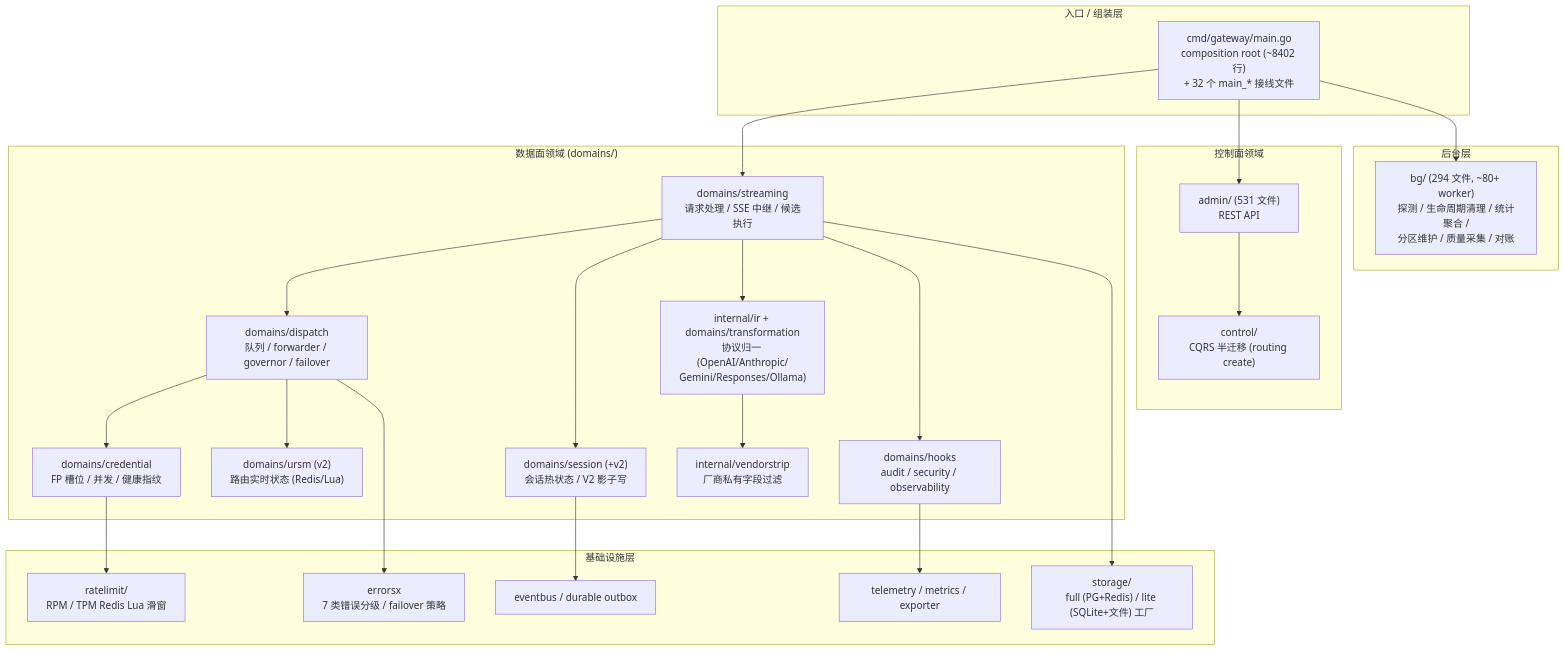
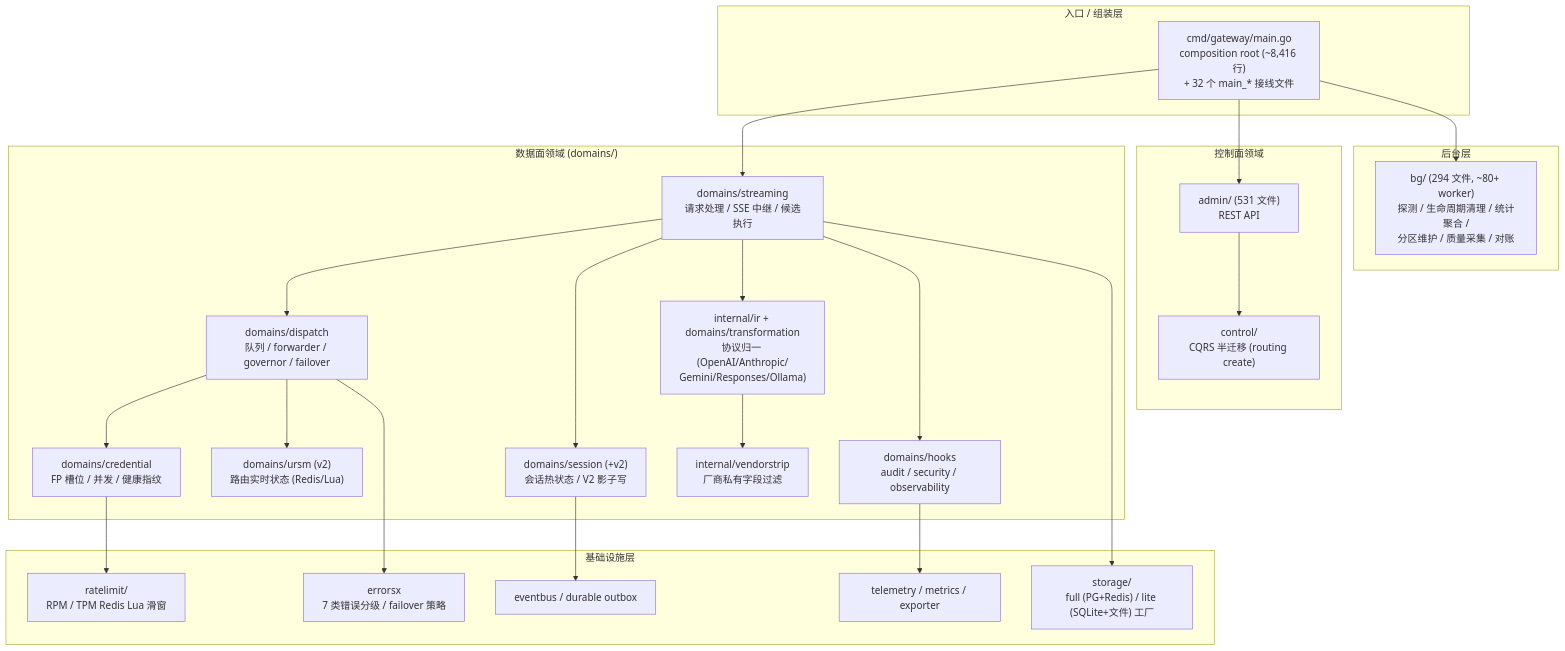
The fifth of 9 diagrams in docs/architecture-diagrams.md (halfking/ai-native-gateway-core), drawn with Mermaid before and after one commit. The commit also changed 6 other files, not shown here.

````diff
--- a/docs/architecture-diagrams.md
+++ b/docs/architecture-diagrams.md
@@ -195,49 +195,49 @@
 ```mermaid
 graph TB
     subgraph entry["入口 / 组装层"]
-        MAIN["cmd/gateway/main.go<br/>composition root (~8402 行)<br/>+ 32 个 main_* 接线文件"]
+        MAIN["cmd/gateway/main.go<br/>composition root (~8,416 行)<br/>+ 32 个 main_* 接线文件"]
     end
 
     subgraph dp["数据面领域 (domains/)"]
         STREAMING["domains/streaming<br/>请求处理 / SSE 中继 / 候选执行"]
         DISPATCH["domains/dispatch<br/>队列 / forwarder / governor / failover"]
         CREDENTIAL["domains/credential<br/>FP 槽位 / 并发 / 健康指纹"]
         URSM["domains/ursm (v2)<br/>路由实时状态 (Redis/Lua)"]
         SESSION["domains/session (+v2)<br/>会话热状态 / V2 影子写"]
         IR["internal/ir + domains/transformation<br/>协议归一 (OpenAI/Anthropic/<br/>Gemini/Responses/Ollama)"]
         VSTRIP["internal/vendorstrip<br/>厂商私有字段过滤"]
         HOOKS["domains/hooks<br/>audit / security / observability"]
     end
 
     subgraph cp["控制面领域"]
         ADMIN["admin/ (531 文件)<br/>REST API"]
         CONTROL["control/<br/>CQRS 半迁移 (routing create)"]
     end
 
     subgraph infra["基础设施层"]
         STORE["storage/<br/>full (PG+Redis) / lite (SQLite+文件) 工厂"]
         TELEMETRY["telemetry / metrics / exporter"]
         ERRORSX["errorsx<br/>7 类错误分级 / failover 策略"]
         RATELIMIT["ratelimit/<br/>RPM / TPM Redis Lua 滑窗"]
         EVENTBUS["eventbus / durable outbox"]
     end
 
     subgraph bglayer["后台层"]
         BGW["bg/ (294 文件, ~80+ worker)<br/>探测 / 生命周期清理 / 统计聚合 /<br/>分区维护 / 质量采集 / 对账"]
     end
 
     MAIN --> STREAMING
     MAIN --> ADMIN
     MAIN --> BGW
     STREAMING --> DISPATCH --> CREDENTIAL
     STREAMING --> SESSION
     DISPATCH --> URSM
     STREAMING --> IR --> VSTRIP
     STREAMING --> HOOKS
     ADMIN --> CONTROL
     STREAMING --> STORE
     DISPATCH --> ERRORSX
     CREDENTIAL --> RATELIMIT
     HOOKS --> TELEMETRY
     SESSION --> EVENTBUS
 ```
````
